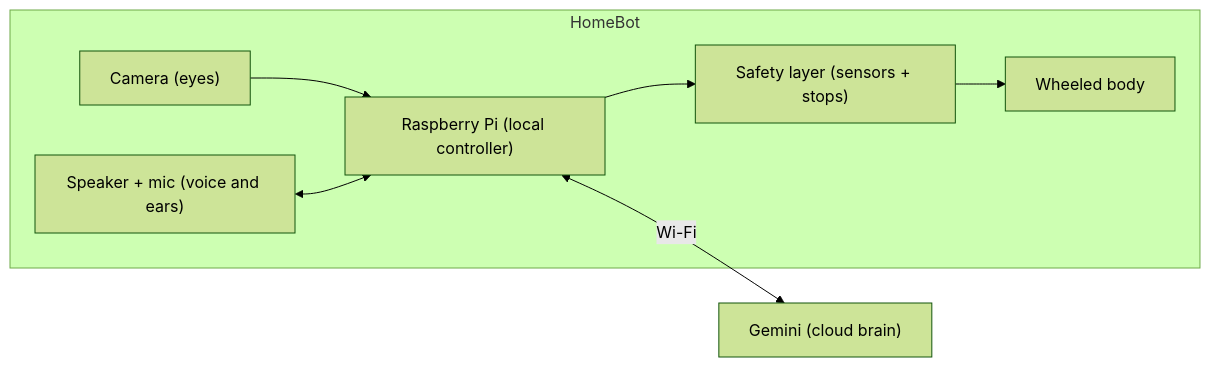
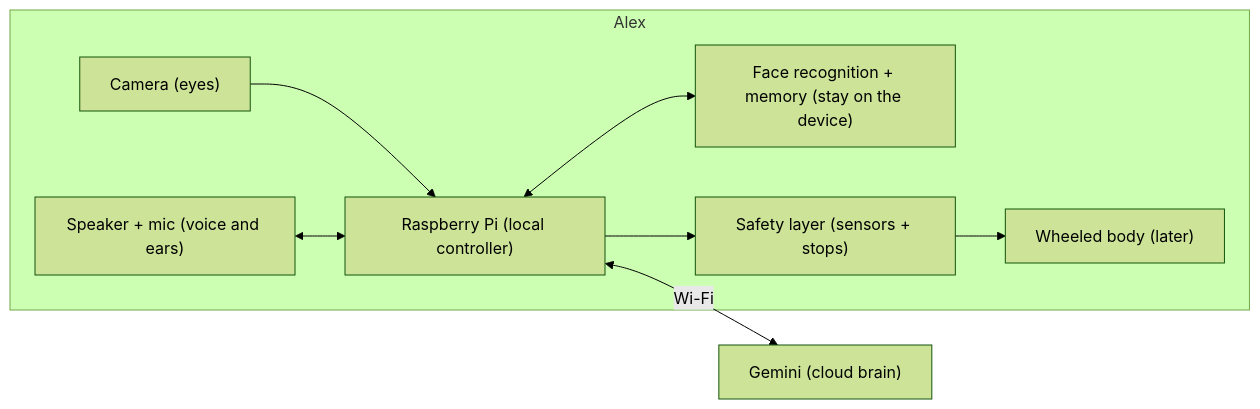
Before and after one commit to ramranjit/AI-Home-Companion-Robot: the diagram in README.md, drawn with Mermaid (forest theme). The commit also changed other lines of this file, not shown here.

````diff
--- a/README.md
+++ b/README.md
@@ -30,15 +38,17 @@
 ```mermaid
 flowchart LR
     G["Gemini (cloud brain)"]
-    subgraph ROBOT["HomeBot"]
+    subgraph ROBOT["Alex"]
         CAM["Camera (eyes)"]
         SPK["Speaker + mic (voice and ears)"]
         PI["Raspberry Pi (local controller)"]
+        MEM["Face recognition + memory (stay on the device)"]
         SAFE["Safety layer (sensors + stops)"]
-        BODY["Wheeled body"]
+        BODY["Wheeled body (later)"]
     end
     CAM --> PI
     SPK <--> PI
+    PI <--> MEM
     PI <-->|Wi-Fi| G
     PI --> SAFE --> BODY
 ```
````
